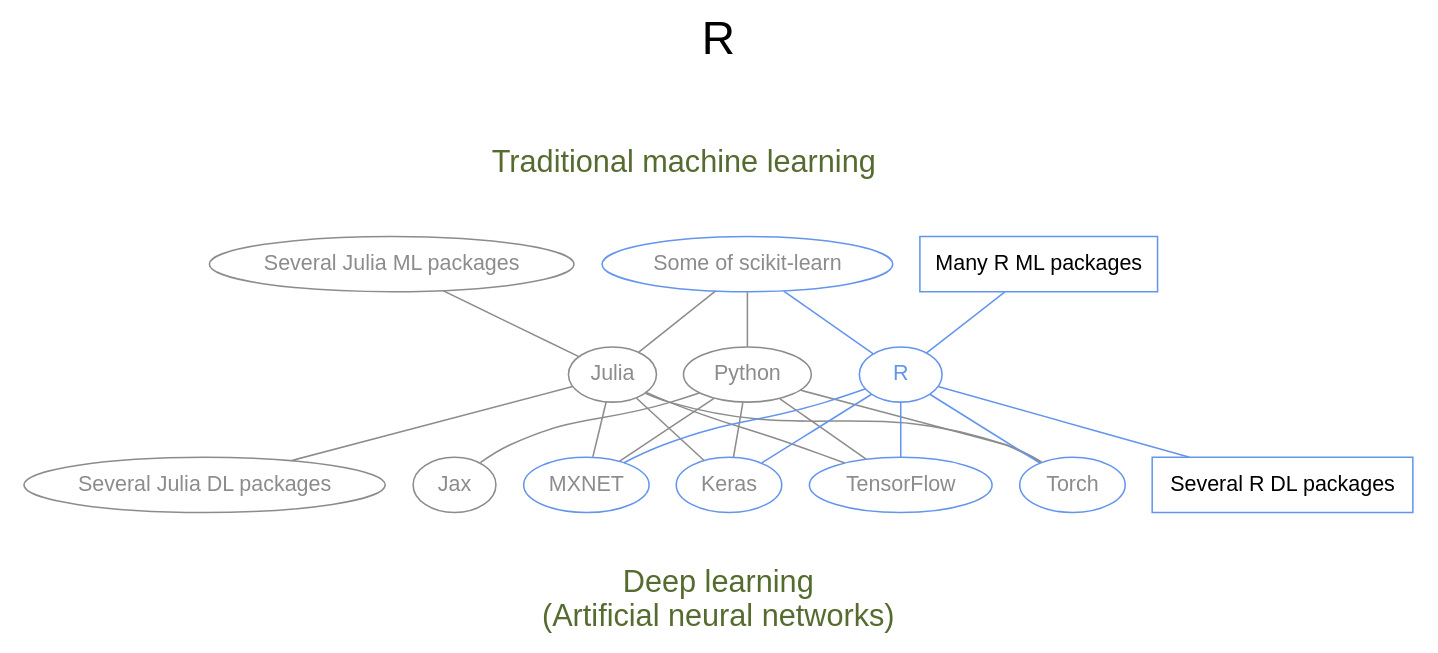
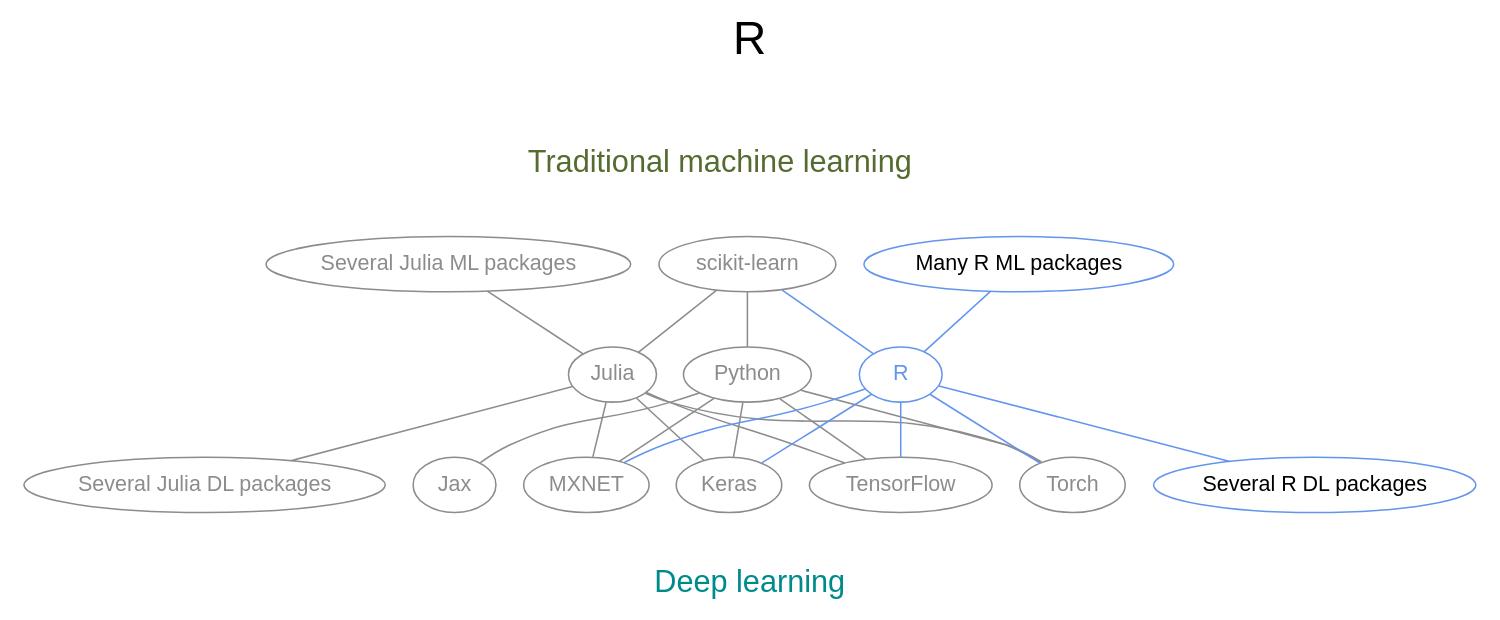
One commit to WestDRI/arc-training changed diagram 11 of 12 in ml/frameworks_slides.qmd. Above: the diagram before and after it, drawn with Graphviz. The commit also changed other lines of this file and 2 other files, not shown here.

````diff
--- a/ml/frameworks_slides.qmd
+++ b/ml/frameworks_slides.qmd
@@ -652,56 +523,56 @@
 ```{dot}
 //| echo: false
 
 strict graph {
 
   label="R\n\n"
   labelloc=t
   fontsize=30
   
   bgcolor="transparent"
   graph [fontname="Inconsolata, sans-serif"]
   node [fontname="Inconsolata, sans-serif"]
 
   subgraph cluster_ml {
 	peripheries=0
 	label="Traditional machine learning\n\n"
 	fontcolor=darkolivegreen
 	fontsize=20
-	"Some of scikit-learn" "Several Julia ML packages" "Many R ML packages"
+	"scikit-learn" "Several Julia ML packages" "Many R ML packages"
   }
 
   subgraph cluster_dl {
 	peripheries=0
-	label="\nDeep learning\n(Artificial neural networks)"
-	fontcolor=darkolivegreen
+	label="\nDeep learning"
+	fontcolor=darkcyan
 	fontsize=20
 	labelloc=b
-	Torch TensorFlow Jax Keras MXNET "Several Julia DL packages" " Several R DL packages "
+	Torch TensorFlow Jax Keras MXNET "Several Julia DL packages" "Several R DL packages"
   }
 
   Python [color=gray55, fontcolor=gray55, URL="https://www.python.org/"]
   Julia [color=gray55, fontcolor=gray55, URL="https://julialang.org/"]
   R [color=cornflowerblue, fontcolor=cornflowerblue, URL="https://www.r-project.org/"]
 
-  "Many R ML packages" [color=cornflowerblue, shape=box]
-  " Several R DL packages " [color=cornflowerblue, shape=box]
-  "Some of scikit-learn" [color=cornflowerblue, fontcolor=gray55, URL="https://saraswatmks.github.io/superml/"]
-  MXNET [color=cornflowerblue, fontcolor=gray55, URL="https://mxnet.apache.org/versions/1.8.0/api/r"]
-  Keras [color=cornflowerblue, fontcolor=gray55, URL="https://github.com/rstudio/keras"]
-  TensorFlow [color=cornflowerblue, fontcolor=gray55, URL="https://tensorflow.rstudio.com/"]
-  Torch [color=cornflowerblue, fontcolor=gray55, URL="https://torch.mlverse.org/"]
+  "Many R ML packages" [color=cornflowerblue]
+  "Several R DL packages" [color=cornflowerblue]
+  "scikit-learn" [color=gray55, fontcolor=gray55, URL="https://saraswatmks.github.io/superml/"]
+  MXNET [color=gray55, fontcolor=gray55, URL="https://mxnet.apache.org/versions/1.8.0/api/r"]
+  Keras [color=gray55, fontcolor=gray55, URL="https://github.com/rstudio/keras"]
+  TensorFlow [color=gray55, fontcolor=gray55, URL="https://tensorflow.rstudio.com/"]
+  Torch [color=gray55, fontcolor=gray55, URL="https://torch.mlverse.org/"]
 
-  "Some of scikit-learn" -- Python [color=gray55]
+  "scikit-learn" -- Python [color=gray55]
   Python -- {Torch TensorFlow Jax Keras MXNET} [color=gray55]
 
-  {"Several Julia ML packages" "Some of scikit-learn"} -- Julia [color=gray55]
+  {"Several Julia ML packages" "scikit-learn"} -- Julia [color=gray55]
   Julia -- {"Several Julia DL packages" Torch TensorFlow Keras MXNET} [color=gray55]
 
-  {"Some of scikit-learn" "Many R ML packages"} -- R [color=cornflowerblue]
-  R -- {" Several R DL packages " Torch TensorFlow Keras MXNET} [color=cornflowerblue]
+  {"scikit-learn" "Many R ML packages"} -- R [color=cornflowerblue]
+  R -- {"Several R DL packages" Torch TensorFlow Keras MXNET} [color=cornflowerblue]
 
   "Several Julia ML packages" [color=gray55, fontcolor=gray55]
   "Several Julia DL packages" [color=gray55, fontcolor=gray55]
   Jax [color=gray55, fontcolor=gray55]
 }
 ```
````
